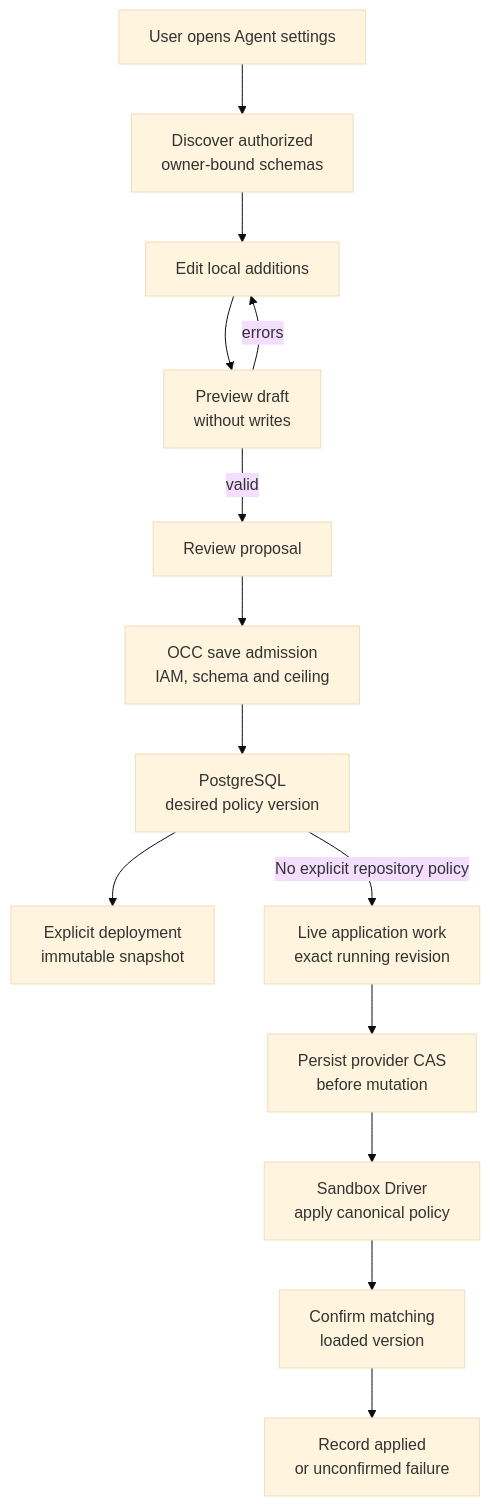
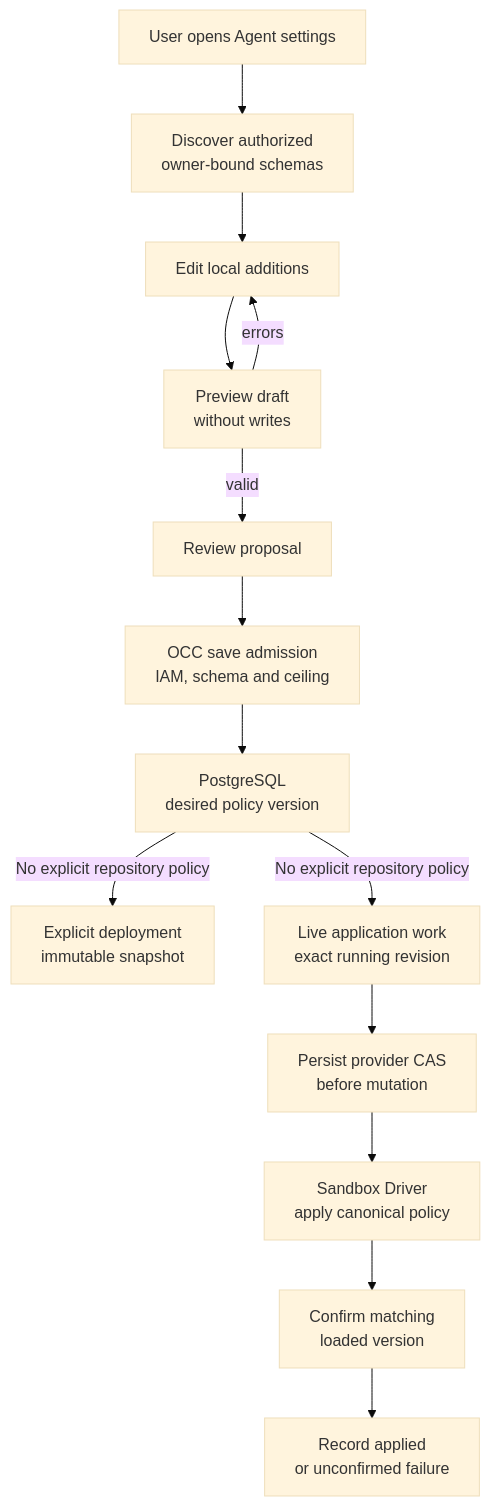
Before and after one commit to openclaw/openclaw-enterprise: the diagram in docs/flows/agent-sandbox-policy.md, drawn with Mermaid (base theme). The commit also changed other lines of this file and 9 other files, not shown here.

Commit message:
Keep saved repository policies revocable before deployment support

````diff
--- a/docs/flows/agent-sandbox-policy.md
+++ b/docs/flows/agent-sandbox-policy.md
@@ -25,16 +25,16 @@
 ```mermaid
 graph TD
   U["User opens Agent settings"] --> Cfg["Discover authorized<br/>owner-bound schemas"]
   Cfg --> Draft["Edit local additions"]
   Draft --> Preview["Preview draft<br/>without writes"]
   Preview -->|errors| Draft
   Preview -->|valid| U2["Review proposal"]
   U2 --> A["OCC save admission<br/>IAM, schema and ceiling"]
   A --> P["PostgreSQL<br/>desired policy version"]
-  P --> D["Explicit deployment<br/>immutable snapshot"]
+  P -->|No explicit repository policy| D["Explicit deployment<br/>immutable snapshot"]
   P -->|No explicit repository policy| W["Live application work<br/>exact running revision"]
   W --> C["Persist provider CAS<br/>before mutation"]
   C --> S["Sandbox Driver<br/>apply canonical policy"]
   S --> V["Confirm matching<br/>loaded version"]
   V --> R["Record applied<br/>or unconfirmed failure"]
 ```
````
